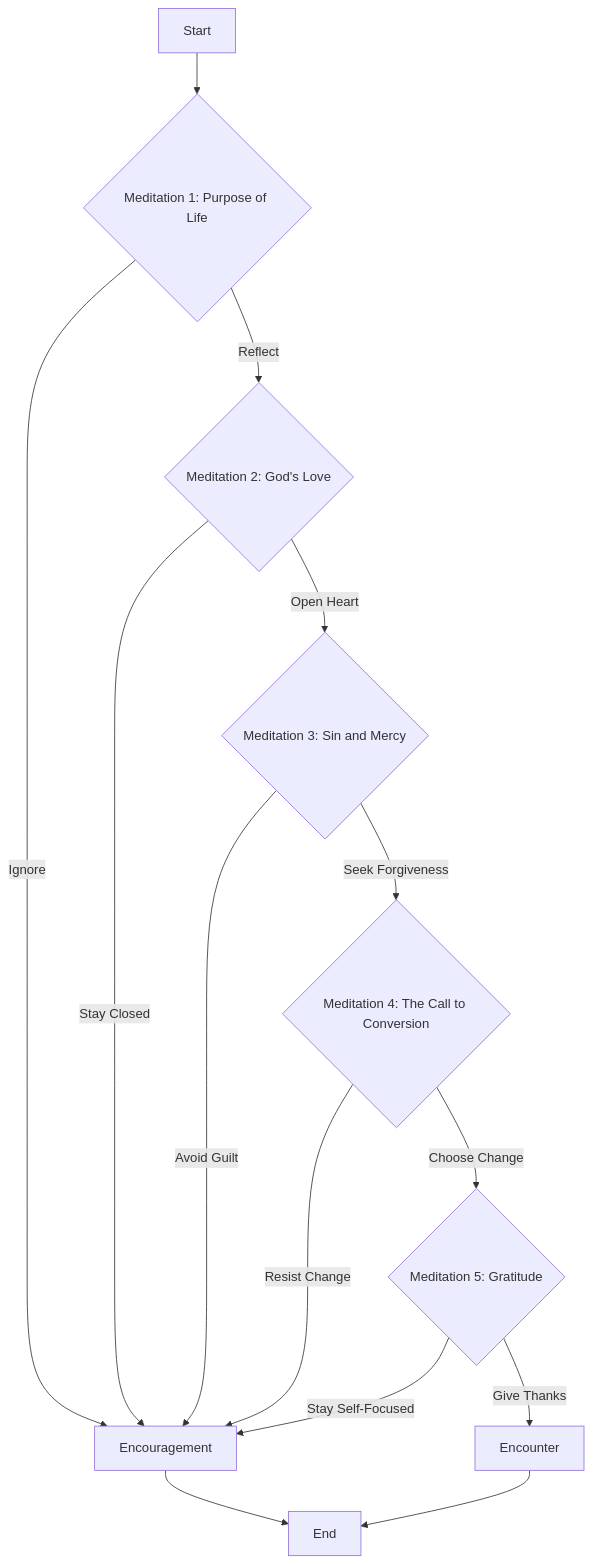
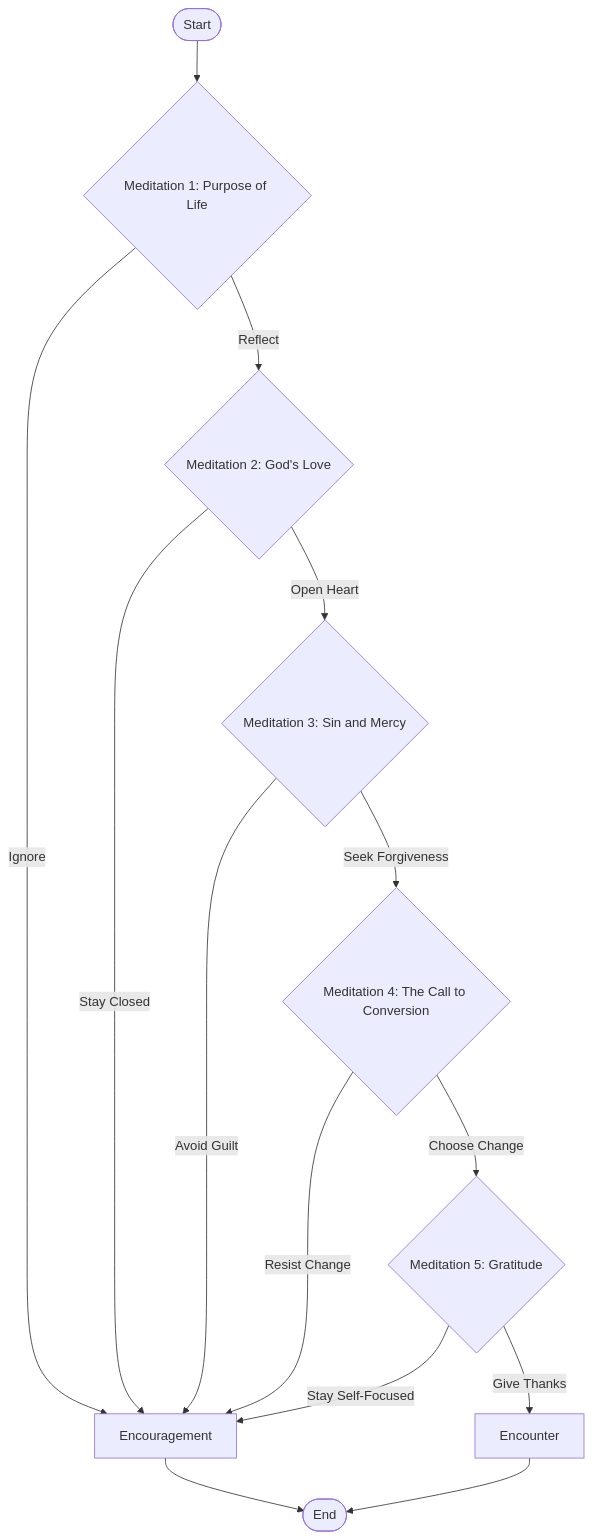
One commit to alanmaizon/Software-Development changed the diagram in Week5/README.md. Above: the diagram before and after it, drawn with Mermaid. The commit also changed 3 other files, not shown here.

````diff
--- a/Week5/README.md
+++ b/Week5/README.md
@@ -10,21 +10,21 @@
 ```mermaid
 flowchart TB
-    A[Start] --> B{Meditation 1: Purpose of Life}
+    A([Start]) --> B{Meditation 1: Purpose of Life}
     B -->|Reflect| C{Meditation 2: God's Love}
     B -->|Ignore| G[Encouragement]
 
     C -->|Open Heart| D{Meditation 3: Sin and Mercy}
     C -->|Stay Closed| G
 
     D -->|Seek Forgiveness| E{Meditation 4: The Call to Conversion}
     D -->|Avoid Guilt| G
 
     E -->|Choose Change| F{Meditation 5: Gratitude}
     E -->|Resist Change| G
 
     F -->|Give Thanks| H[Encounter]
     F -->|Stay Self-Focused| G 
 
-    G --> I[End]
+    G --> I([End])
     H --> I
 ```
````
